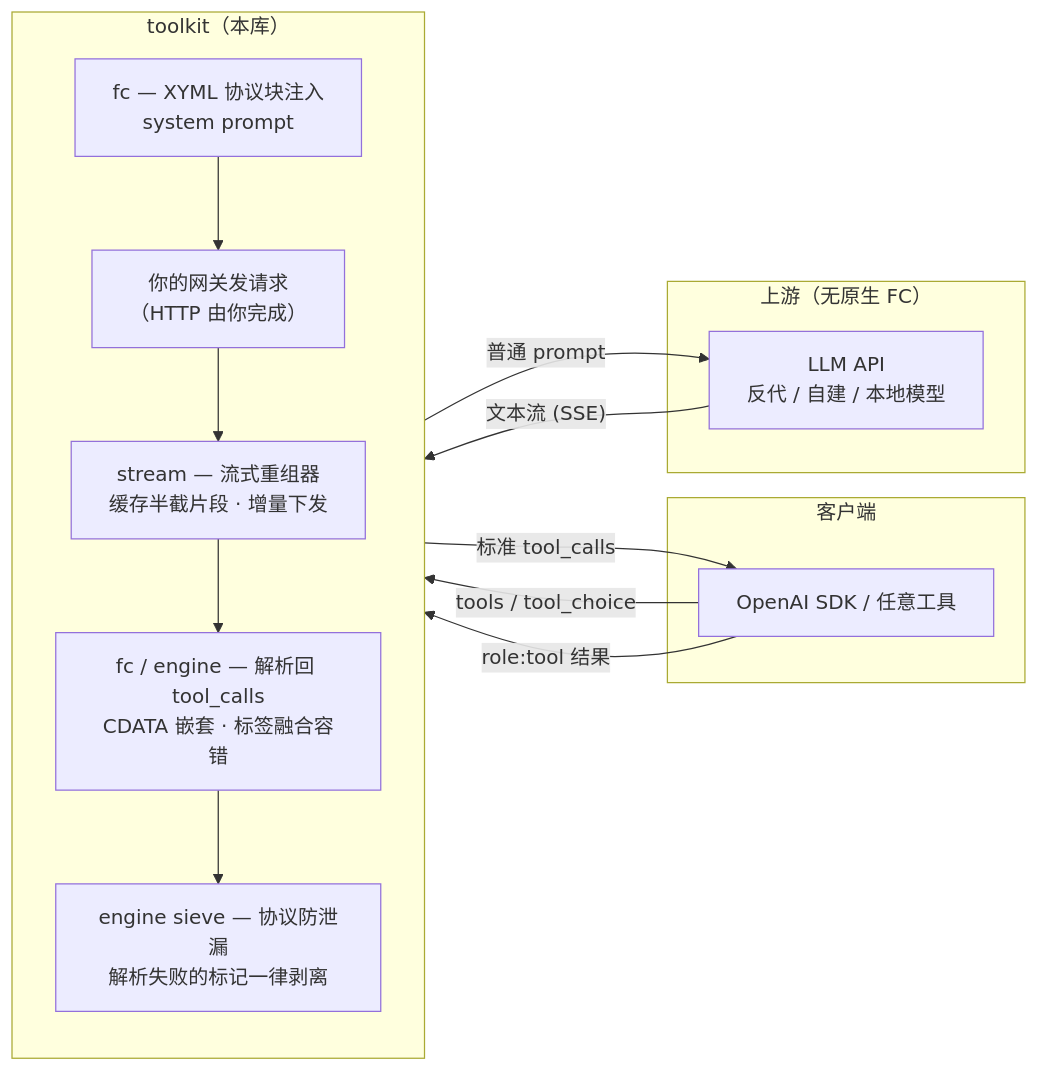
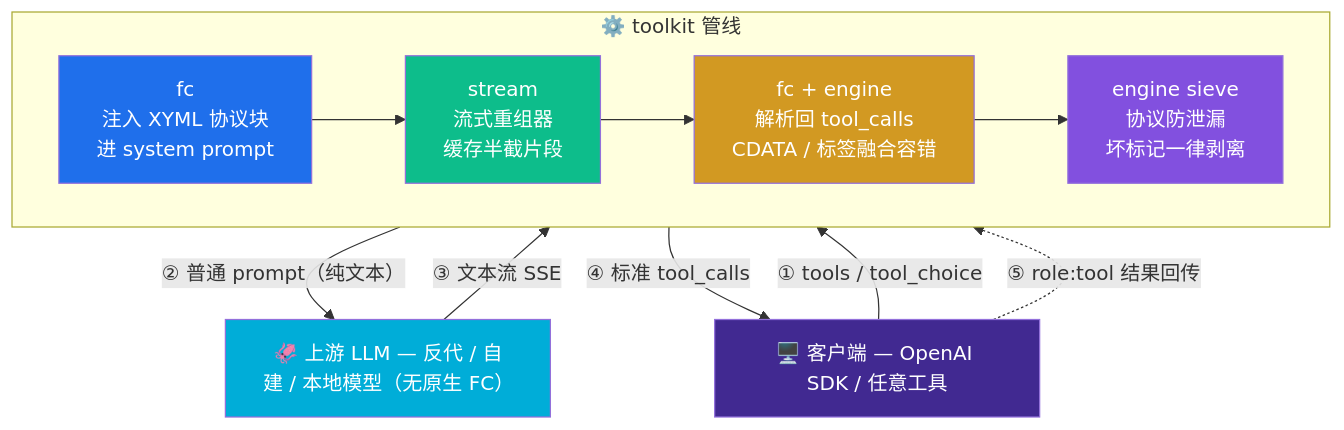
Before and after one commit to Sliverkiss/toolkit: the first of 3 diagrams in README.md, drawn with Mermaid. The commit also changed other lines of this file, not shown here.

Commit message:
docs: 架构图改 TB 纵向管线+配色，包依赖图改分层 BT 布局

````diff
--- a/README.md
+++ b/README.md
@@ -81,24 +81,27 @@
 ```mermaid
-flowchart LR
-    subgraph CLIENT["客户端"]
-        SDK["OpenAI SDK / 任意工具"]
+flowchart TB
+    SDK["🖥️ 客户端 — OpenAI SDK / 任意工具"]
+    LLM["🦑 上游 LLM — 反代 / 自建 / 本地模型（无原生 FC）"]
+
+    subgraph TOOLKIT["⚙️ toolkit 管线"]
+        direction LR
+        INJ["fc<br/>注入 XYML 协议块<br/>进 system prompt"]
+        REASM["stream<br/>流式重组器<br/>缓存半截片段"]
+        PARSE["fc + engine<br/>解析回 tool_calls<br/>CDATA / 标签融合容错"]
+        SIEVE["engine sieve<br/>协议防泄漏<br/>坏标记一律剥离"]
+        INJ --> REASM --> PARSE --> SIEVE
     end
 
-    subgraph TOOLKIT["toolkit（本库）"]
-        direction TB
-        INJ["fc — XYML 协议块注入<br/>system prompt"] --> UP["你的网关发请求<br/>（HTTP 由你完成）"]
-        UP --> REASM["stream — 流式重组器<br/>缓存半截片段 · 增量下发"]
-        REASM --> PARSE["fc / engine — 解析回 tool_calls<br/>CDATA 嵌套 · 标签融合容错"]
-        PARSE --> SIEVE["engine sieve — 协议防泄漏<br/>解析失败的标记一律剥离"]
-    end
+    SDK -- "① tools / tool_choice" --> INJ
+    SIEVE -- "② 普通 prompt（纯文本）" --> LLM
+    LLM -- "③ 文本流 SSE" --> REASM
+    SIEVE -- "④ 标准 tool_calls" --> SDK
+    SDK -. "⑤ role:tool 结果回传" .-> INJ
 
-    subgraph UPSTREAM["上游（无原生 FC）"]
-        LLM["LLM API<br/>反代 / 自建 / 本地模型"]
-    end
-
-    SDK -- "tools / tool_choice" --> INJ
-    SIEVE -- "普通 prompt" --> LLM
-    LLM -- "文本流 (SSE)" --> REASM
-    SIEVE -- "标准 tool_calls" --> SDK
-    SDK -- "role:tool 结果" --> INJ
+    style SDK fill:#412991,color:#fff
+    style LLM fill:#00ADD8,color:#fff
+    style INJ fill:#1f6feb,color:#fff
+    style REASM fill:#0DBD8B,color:#fff
+    style PARSE fill:#d29922,color:#fff
+    style SIEVE fill:#8250df,color:#fff
 ```
````
